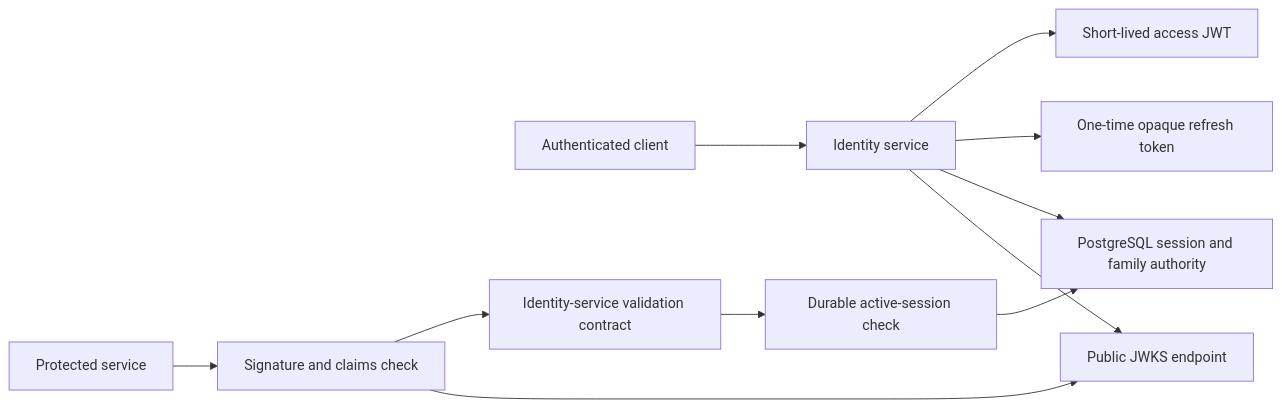
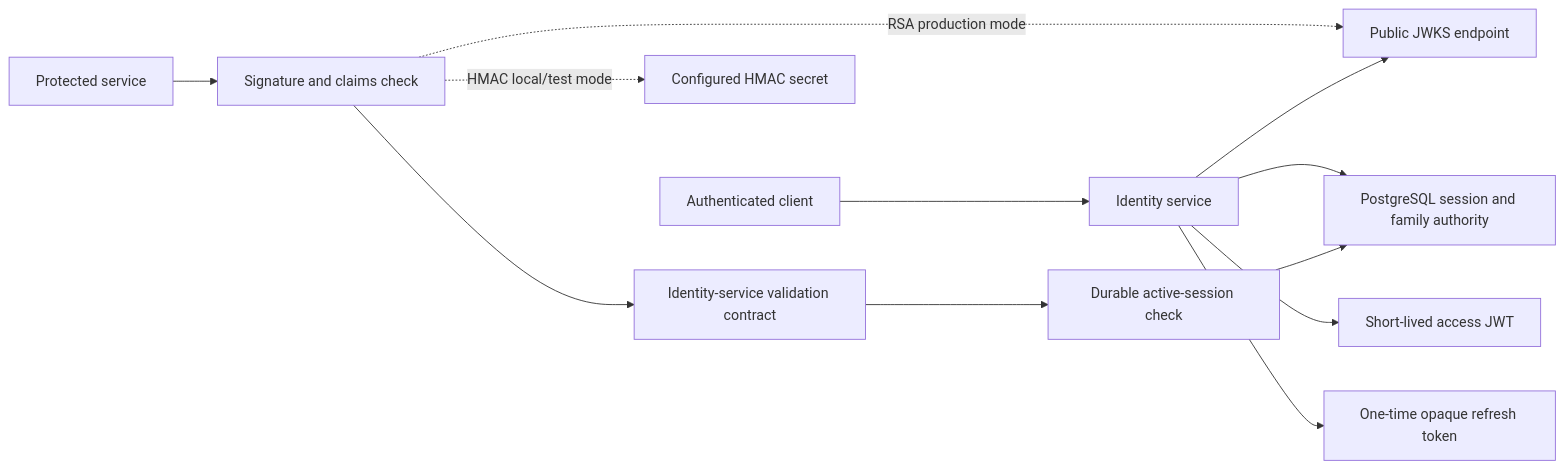
One commit to tdespenza/lifeos changed the first of 4 diagrams in docs/diagrams/identity-jwt.md. Above: the diagram before and after it, drawn with Mermaid. The commit also changed other lines of this file and 12 other files, not shown here.

````diff
--- a/docs/diagrams/identity-jwt.md
+++ b/docs/diagrams/identity-jwt.md
@@ -9,13 +9,14 @@
 ```mermaid
 flowchart LR
     Client["Authenticated client"] --> Identity["Identity service"]
     Identity --> Access["Short-lived access JWT"]
     Identity --> Refresh["One-time opaque refresh token"]
     Identity --> Session["PostgreSQL session and family authority"]
     Service["Protected service"] --> Verify["Signature and claims check"]
+    Verify -. "RSA production mode" .-> JWKS["Public JWKS endpoint"]
+    Verify -. "HMAC local/test mode" .-> HMAC["Configured HMAC secret"]
     Verify --> IdentityVerify["Identity-service validation contract"]
     IdentityVerify --> SessionCheck["Durable active-session check"]
     SessionCheck --> Session
-    Identity --> JWKS["Public JWKS endpoint"]
-    Verify --> JWKS
+    Identity --> JWKS
 ```
````
